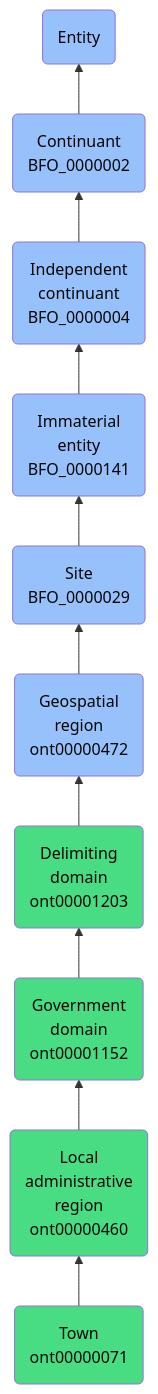
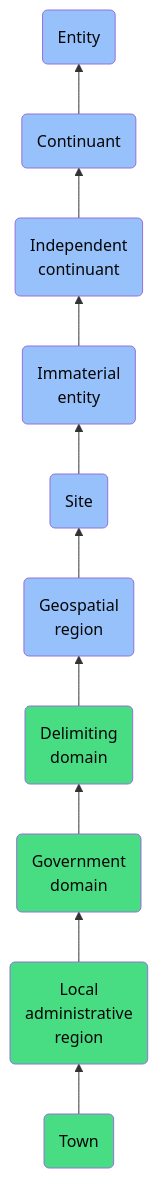
One commit to jupyter-naas/abi changed the diagram in docs/ontology/reference/model/Entity/Continuant/Independent continuant/Immaterial entity/Site/Geospatial region/Delimiting domain/Government domain/Local administrative region/Town/Town.md. Above: the diagram before and after it, drawn with Mermaid. The commit also changed other lines of this file and 1430 other files, not shown here.

````diff
--- a/docs/ontology/reference/model/Entity/Continuant/Independent continuant/Immaterial entity/Site/Geospatial region/Delimiting domain/Government domain/Local administrative region/Town/Town.md
+++ b/docs/ontology/reference/model/Entity/Continuant/Independent continuant/Immaterial entity/Site/Geospatial region/Delimiting domain/Government domain/Local administrative region/Town/Town.md
@@ -24,17 +24,17 @@
 ```mermaid
 graph BT
-    ont00000071(Town<br>ont00000071):::ABI-->ont00000460
-    ont00000460(Local<br>administrative<br>region<br>ont00000460):::ABI-->ont00001152
-    ont00001152(Government<br>domain<br>ont00001152):::ABI-->ont00001203
-    ont00001203(Delimiting<br>domain<br>ont00001203):::ABI-->ont00000472
-    ont00000472(Geospatial<br>region<br>ont00000472):::BFO-->BFO_0000029
-    BFO_0000029(Site<br>BFO_0000029):::BFO-->BFO_0000141
-    BFO_0000141(Immaterial<br>entity<br>BFO_0000141):::BFO-->BFO_0000004
-    BFO_0000004(Independent<br>continuant<br>BFO_0000004):::BFO-->BFO_0000002
-    BFO_0000002(Continuant<br>BFO_0000002):::BFO-->BFO_0000001
+    ont00000071(Town):::ABI-->ont00000460
+    ont00000460(Local<br>administrative<br>region):::ABI-->ont00001152
+    ont00001152(Government<br>domain):::ABI-->ont00001203
+    ont00001203(Delimiting<br>domain):::ABI-->ont00000472
+    ont00000472(Geospatial<br>region):::BFO-->BFO_0000029
+    BFO_0000029(Site):::BFO-->BFO_0000141
+    BFO_0000141(Immaterial<br>entity):::BFO-->BFO_0000004
+    BFO_0000004(Independent<br>continuant):::BFO-->BFO_0000002
+    BFO_0000002(Continuant):::BFO-->BFO_0000001
     BFO_0000001(Entity):::BFO
     
     classDef BFO fill:#97c1fb,color:#060606
     classDef CCO fill:#e4c51e,color:#060606
     classDef ABI fill:#48DD82,color:#060606
 ```
````
